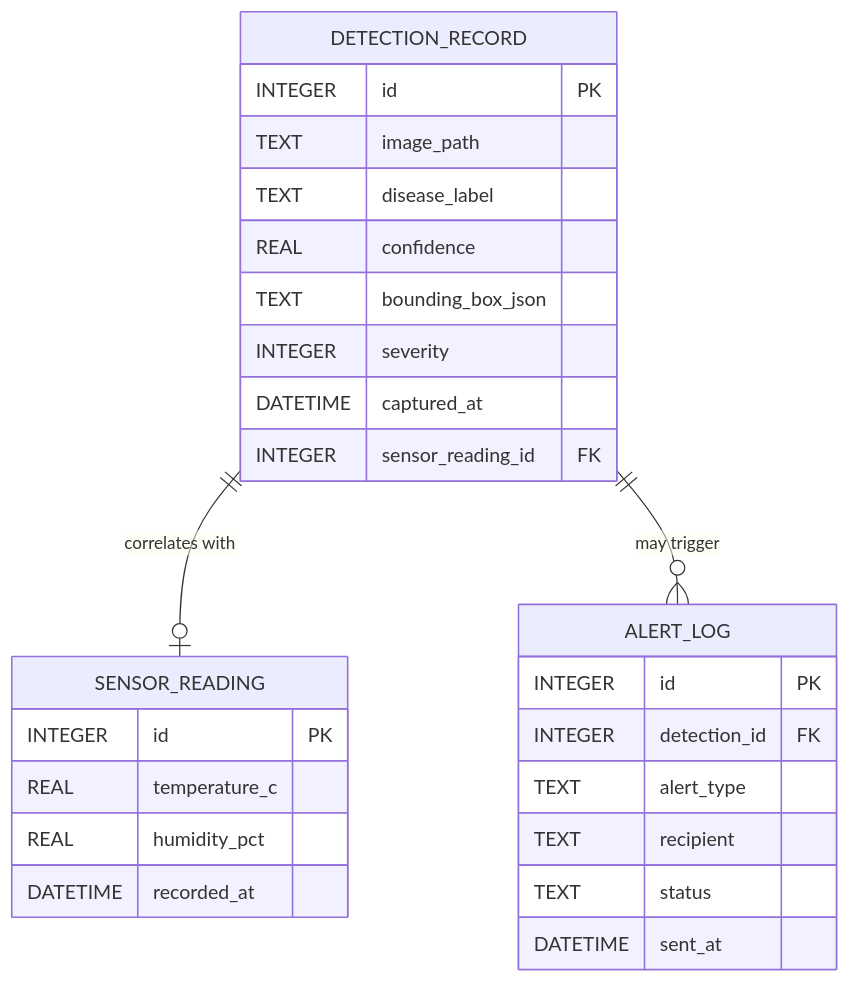
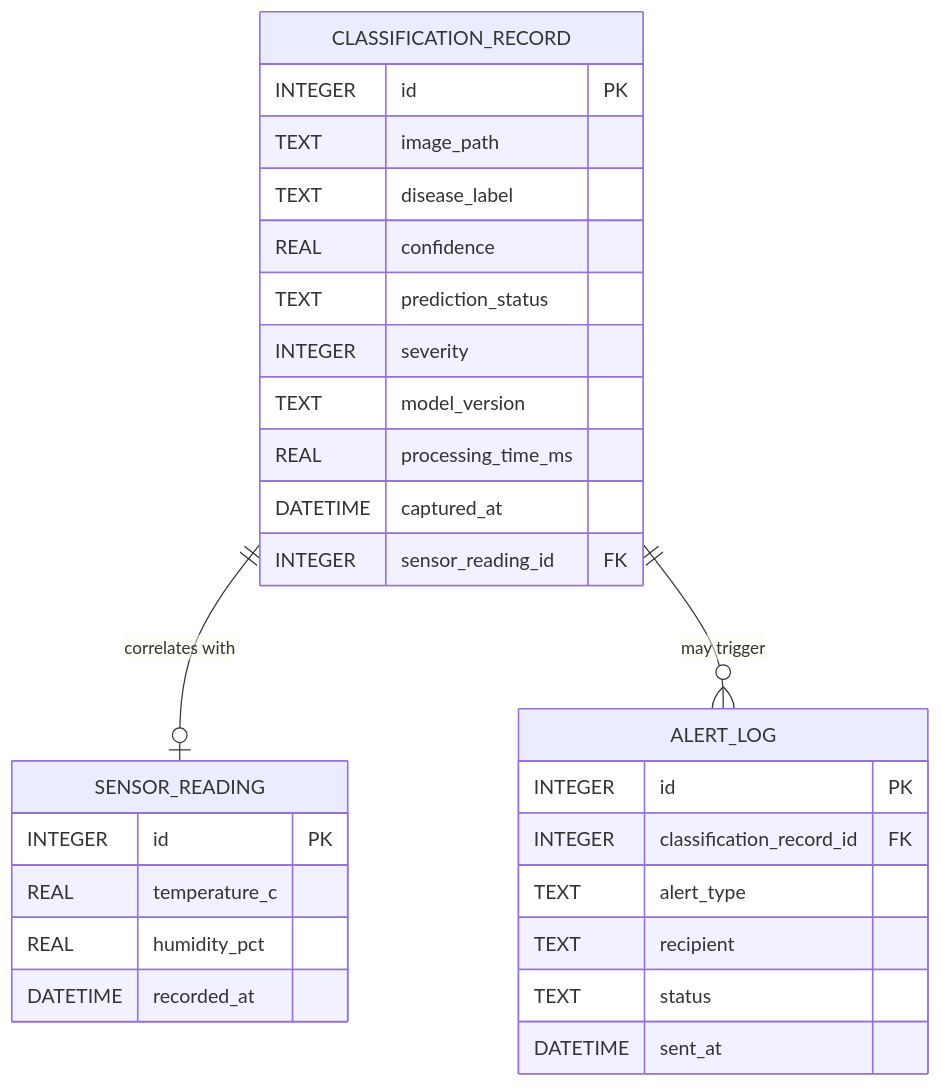
One commit to thetruesammyjay/IoT-System-for-Disease-Detection-in-Crops changed the sixth of 10 diagrams in README.md. Above: the diagram before and after it, drawn with Mermaid. The commit also changed other lines of this file, not shown here.

Commit message:
tomato only, five class MobileNetV2 Classification

````diff
--- a/README.md
+++ b/README.md
@@ -434,32 +446,34 @@
 ```mermaid
 erDiagram
-    DETECTION_RECORD {
+    CLASSIFICATION_RECORD {
         INTEGER id PK
         TEXT    image_path
         TEXT    disease_label
         REAL    confidence
-        TEXT    bounding_box_json
+        TEXT    prediction_status
         INTEGER severity
+        TEXT    model_version
+        REAL    processing_time_ms
         DATETIME captured_at
         INTEGER sensor_reading_id FK
     }
 
     SENSOR_READING {
         INTEGER  id PK
         REAL     temperature_c
         REAL     humidity_pct
         DATETIME recorded_at
     }
 
     ALERT_LOG {
         INTEGER  id PK
-        INTEGER  detection_id FK
+        INTEGER  classification_record_id FK
         TEXT     alert_type
         TEXT     recipient
         TEXT     status
         DATETIME sent_at
     }
 
-    DETECTION_RECORD ||--o| SENSOR_READING : "correlates with"
-    DETECTION_RECORD ||--o{ ALERT_LOG      : "may trigger"
+    CLASSIFICATION_RECORD ||--o| SENSOR_READING : "correlates with"
+    CLASSIFICATION_RECORD ||--o{ ALERT_LOG      : "may trigger"
 ```
````
